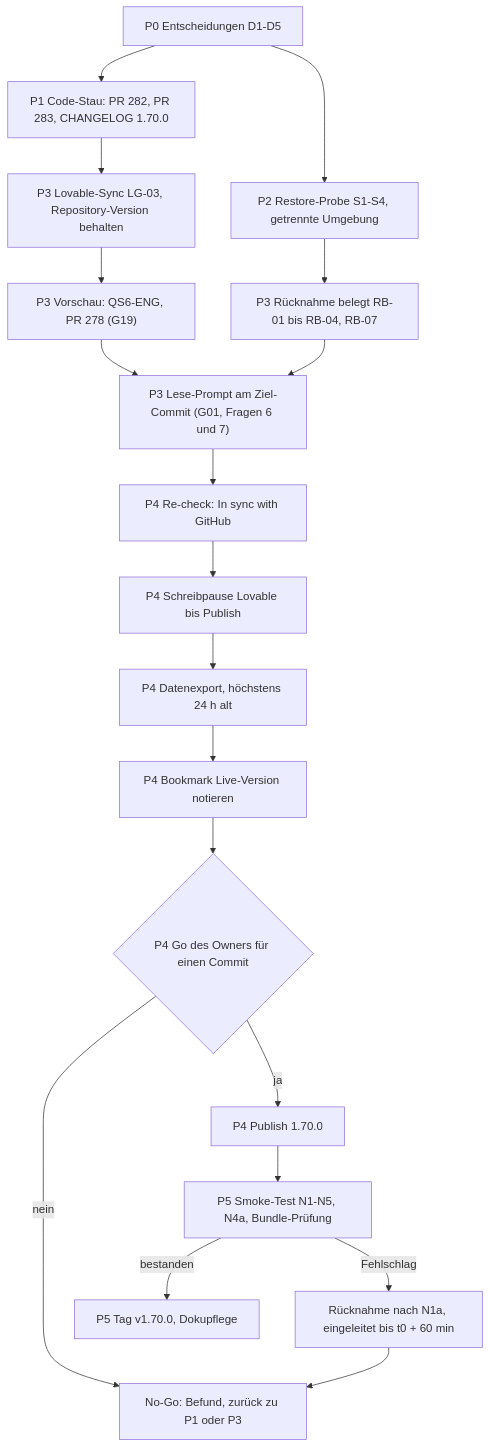
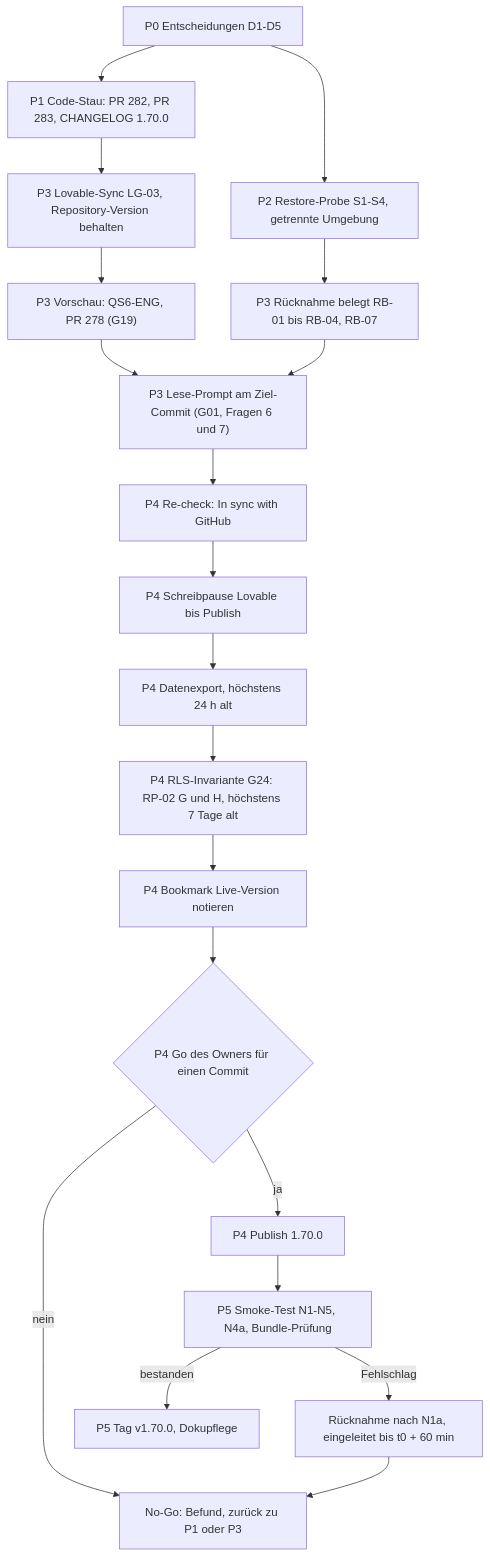
Before and after one commit to bmarnau/sysingdashboard: the diagram in docs/PUBLISH-PLAN.md, drawn with Mermaid. The commit also changed other lines of this file and 9 other files, not shown here.

````diff
--- a/docs/PUBLISH-PLAN.md
+++ b/docs/PUBLISH-PLAN.md
@@ -30,21 +35,22 @@
 ```mermaid
 flowchart TD
   P0["P0 Entscheidungen D1-D5"] --> P1["P1 Code-Stau: PR 282, PR 283, CHANGELOG 1.70.0"]
   P0 --> P2["P2 Restore-Probe S1-S4, getrennte Umgebung"]
   P1 --> SYNC["P3 Lovable-Sync LG-03, Repository-Version behalten"]
   SYNC --> VA["P3 Vorschau: QS6-ENG, PR 278 (G19)"]
   P2 --> RB["P3 Rücknahme belegt RB-01 bis RB-04, RB-07"]
   VA --> LP["P3 Lese-Prompt am Ziel-Commit (G01, Fragen 6 und 7)"]
   RB --> LP
   LP --> RC["P4 Re-check: In sync with GitHub"]
   RC --> PAUSE["P4 Schreibpause Lovable bis Publish"]
   PAUSE --> EXP["P4 Datenexport, höchstens 24 h alt"]
-  EXP --> BM["P4 Bookmark Live-Version notieren"]
+  EXP --> RLS["P4 RLS-Invariante G24: RP-02 G und H, höchstens 7 Tage alt"]
+  RLS --> BM["P4 Bookmark Live-Version notieren"]
   BM --> GO{"P4 Go des Owners für einen Commit"}
   GO -- nein --> STOP["No-Go: Befund, zurück zu P1 oder P3"]
   GO -- ja --> PUB["P4 Publish 1.70.0"]
   PUB --> SMK["P5 Smoke-Test N1-N5, N4a, Bundle-Prüfung"]
   SMK -- Fehlschlag --> RUECK["Rücknahme nach N1a, eingeleitet bis t0 + 60 min"]
   SMK -- bestanden --> TAG["P5 Tag v1.70.0, Dokupflege"]
   RUECK --> STOP
 ```
````
